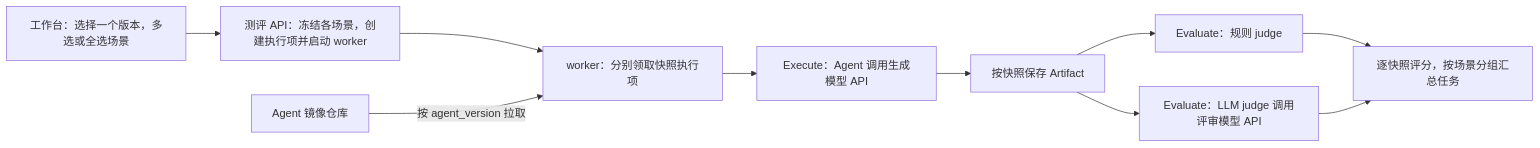
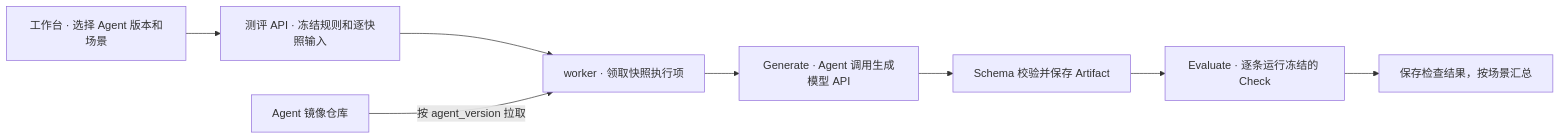
The first of 2 diagrams in docs/superpowers/specs/2026-11-23-offline-plan-eval.md (zhaochy1990/running), drawn with Mermaid before and after one commit. The commit also changed other lines of this file and 2 other files, not shown here.

````diff
--- a/docs/superpowers/specs/2026-11-23-offline-plan-eval.md
+++ b/docs/superpowers/specs/2026-11-23-offline-plan-eval.md
@@ -30,12 +26,10 @@
 ```mermaid
 flowchart LR
-    UI["工作台：选择一个版本，多选或全选场景"] --> API["测评 API：冻结各场景，创建执行项并启动 worker"]
-    API --> W["worker：分别领取快照执行项"]
+    UI["工作台 · 选择 Agent 版本和场景"] --> API["测评 API · 冻结规则和逐快照输入"]
+    API --> W["worker · 领取快照执行项"]
     REG["Agent 镜像仓库"] -->|按 agent_version 拉取| W
-    W --> EX["Execute：Agent 调用生成模型 API"]
-    EX --> STORE["按快照保存 Artifact"]
-    STORE --> RULE["Evaluate：规则 judge"]
-    STORE --> LLM["Evaluate：LLM judge 调用评审模型 API"]
-    RULE --> REP["逐快照评分，按场景分组汇总任务"]
-    LLM --> REP
+    W --> GEN["Generate · Agent 调用生成模型 API"]
+    GEN --> STORE["Schema 校验并保存 Artifact"]
+    STORE --> CHECK["Evaluate · 逐条运行冻结的 Check"]
+    CHECK --> REP["保存检查结果，按场景汇总"]
 ```
````
